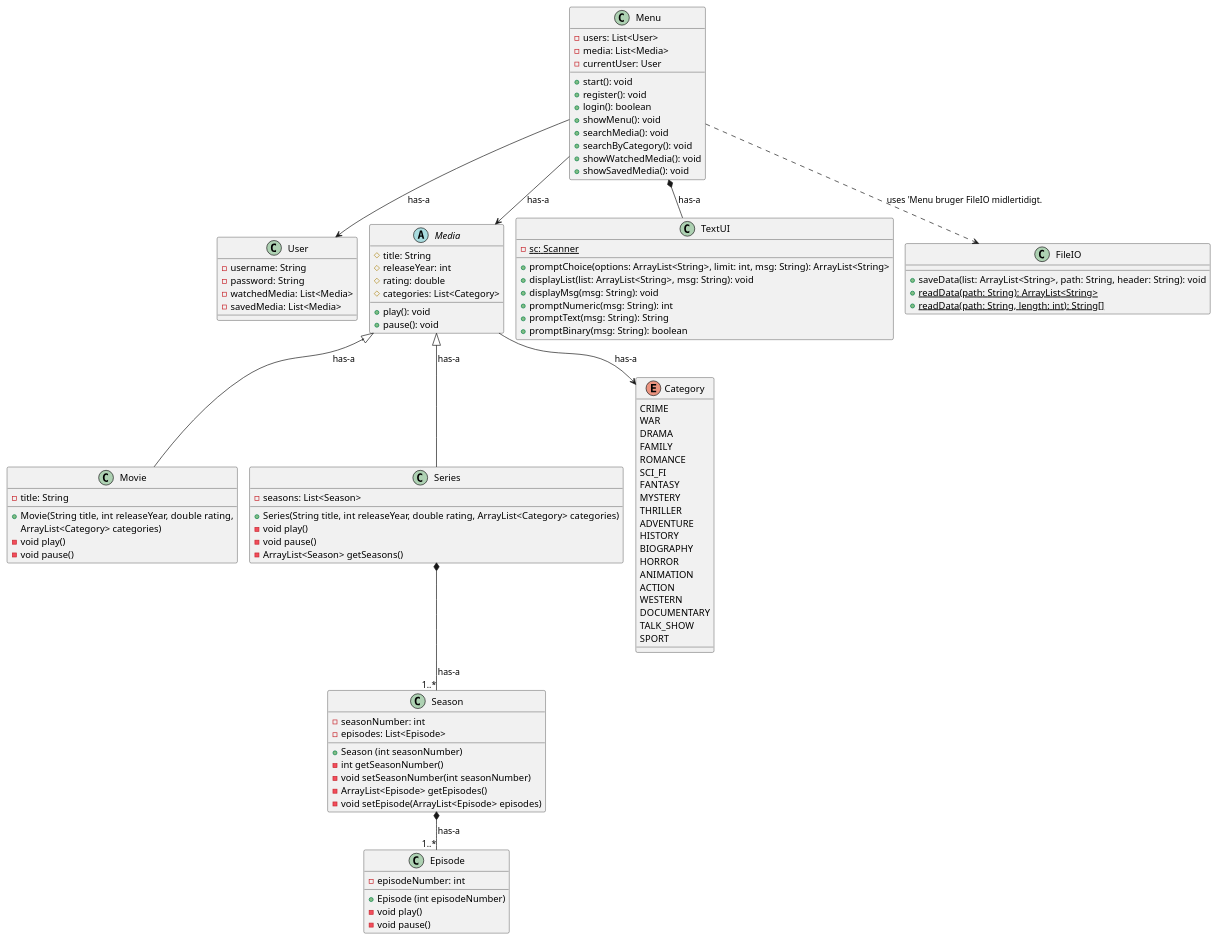
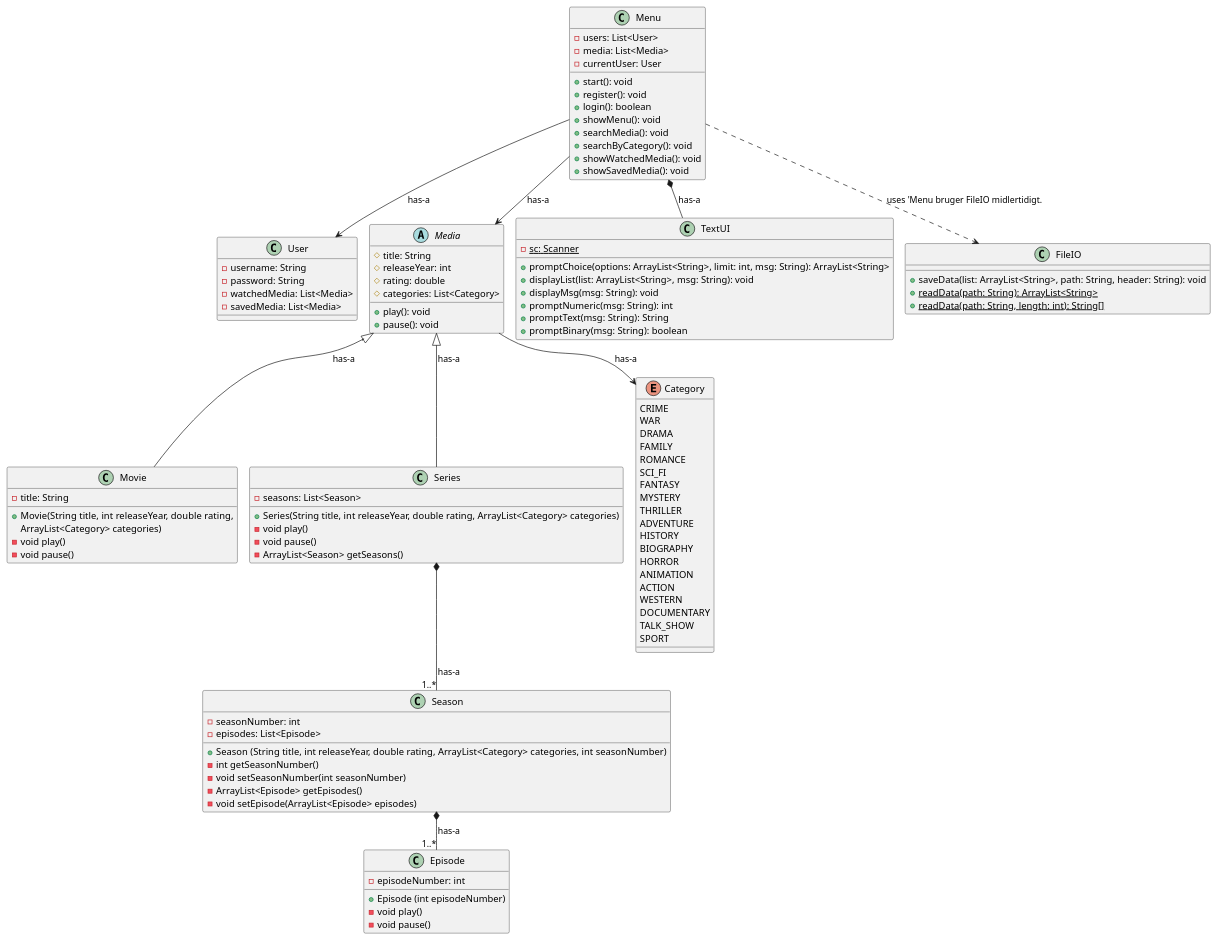
The diagram in doc/static/Klassediagram3.puml (daud0095/DAT-1.-semester---SP3-en-streamingtjeneste), drawn with PlantUML before and after one commit.

Commit message:
Klassediagram3 correction

```diff
--- a/doc/static/Klassediagram3.puml
+++ b/doc/static/Klassediagram3.puml
@@ -1,131 +1,131 @@
 @startuml
 !pragma layout smetana
 
 class User {
   - username: String
   - password: String
   - watchedMedia: List<Media>
   - savedMedia: List<Media>
 }
 
 abstract class Media {
   # title: String
   # releaseYear: int
   # rating: double
   # categories: List<Category>
   + play(): void
   + pause(): void
 }
 
 class Movie {
   - title: String
 + Movie(String title, int releaseYear, double rating,
                            ArrayList<Category> categories)
   'Methods
   - void play()
   - void pause()
 
 }
 
 class Series {
   - seasons: List<Season>
   'Constructor
   + Series(String title, int releaseYear, double rating, ArrayList<Category> categories)
   'Methods
   - void play()
   - void pause()
   - ArrayList<Season> getSeasons()
 }
 
 class Season {
   - seasonNumber: int
   - episodes: List<Episode>
  'Contructor
- + Season (int seasonNumber)
+ + Season (String title, int releaseYear, double rating, ArrayList<Category> categories, int seasonNumber)
    'Methods
    - int getSeasonNumber()
    - void setSeasonNumber(int seasonNumber)
    - ArrayList<Episode> getEpisodes()
    - void setEpisode(ArrayList<Episode> episodes)
 
 }
 
 class Episode {
   - episodeNumber: int
 'Contructor
 + Episode (int episodeNumber)
 'Methods
   - void play()
   - void pause()
 }
 
 enum Category {
   CRIME
   WAR
   DRAMA
   FAMILY
   ROMANCE
   SCI_FI
   FANTASY
   MYSTERY
   THRILLER
   ADVENTURE
   HISTORY
   BIOGRAPHY
   HORROR
   ANIMATION
   ACTION
   WESTERN
   DOCUMENTARY
   TALK_SHOW
   SPORT
 }
 
 class Menu {
   - users: List<User>
   - media: List<Media>
   - currentUser: User
   + start(): void
   + register(): void
   + login(): boolean
   + showMenu(): void
   + searchMedia(): void
   + searchByCategory(): void
   + showWatchedMedia(): void
   + showSavedMedia(): void
 }
 
 class TextUI {
   - sc: Scanner {static}
   + promptChoice(options: ArrayList<String>, limit: int, msg: String): ArrayList<String>
   + displayList(list: ArrayList<String>, msg: String): void
   + displayMsg(msg: String): void
   + promptNumeric(msg: String): int
   + promptText(msg: String): String
   + promptBinary(msg: String): boolean
 }
 
 class FileIO {
   + saveData(list: ArrayList<String>, path: String, header: String): void
   + readData(path: String): ArrayList<String> {static}
   + readData(path: String, length: int): String[] {static}
 }
 
 ' Arv
 Media <|-- Movie : has-a
 Media <|-- Series : has-a
 
 ' Komposition
 Menu *-- TextUI : has-a
 Series *-- "1..*" Season : has-a
 Season *-- "1..*" Episode : has-a
 
 ' Association
 Menu --> User : has-a
 Menu --> Media : has-a
 Media --> Category : has-a
 
 ' Dependency
 Menu ..> FileIO : uses 'Menu bruger FileIO midlertidigt.
 
 @enduml
```
